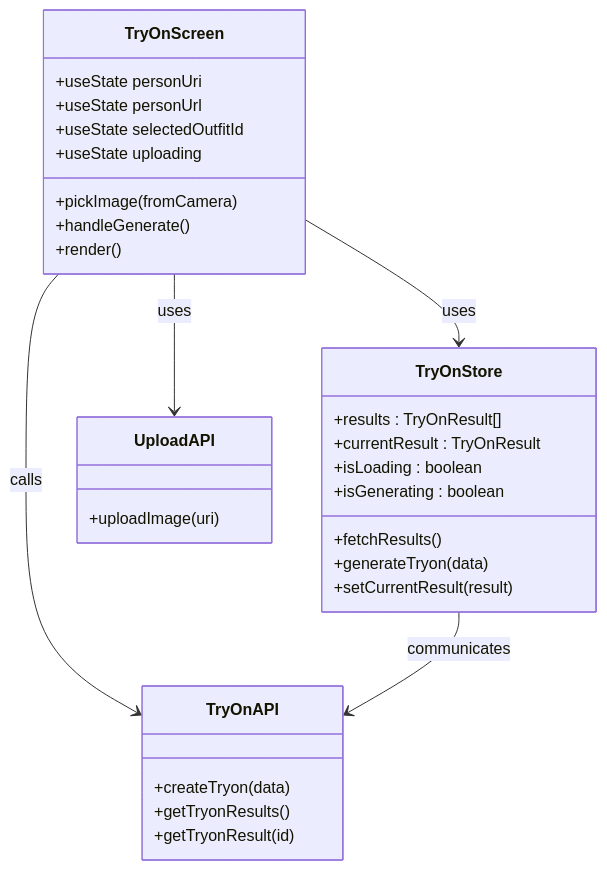
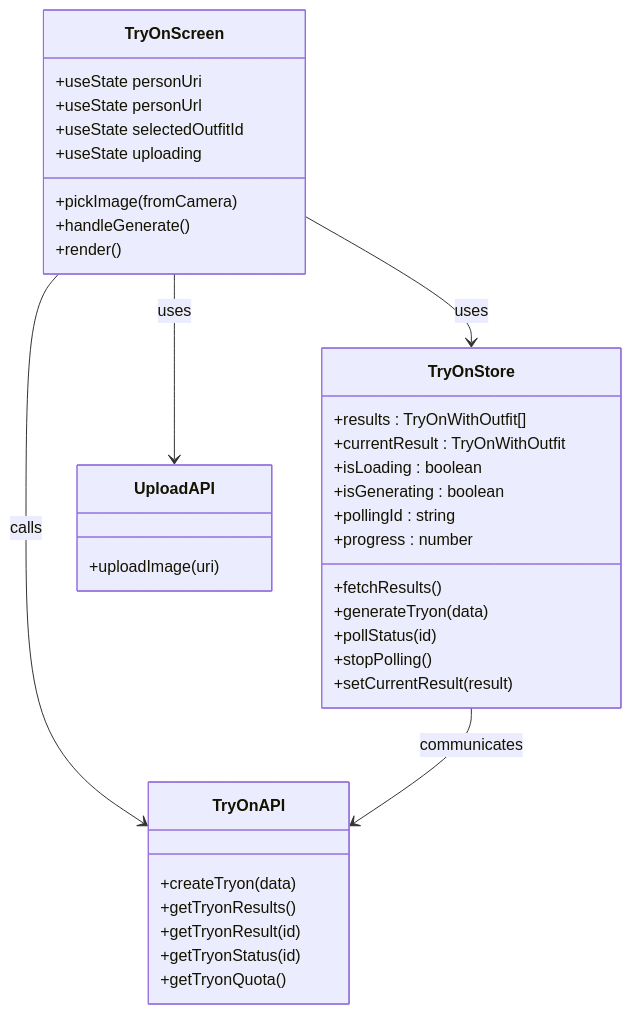
The third of 13 diagrams in .qoder/repowiki/zh/content/后端开发指南/核心模块详解/AI试穿模块.md (lsqwawa/free-dress), drawn with Mermaid before and after one commit. The commit also changed other lines of this file and 62 other files, not shown here.

````diff
--- a/.qoder/repowiki/zh/content/后端开发指南/核心模块详解/AI试穿模块.md
+++ b/.qoder/repowiki/zh/content/后端开发指南/核心模块详解/AI试穿模块.md
@@ -175,33 +202,39 @@
 ```mermaid
 classDiagram
 class TryOnScreen {
 +useState personUri
 +useState personUrl
 +useState selectedOutfitId
 +useState uploading
 +pickImage(fromCamera)
 +handleGenerate()
 +render()
 }
 class TryOnStore {
-+results : TryOnResult[]
-+currentResult : TryOnResult
++results : TryOnWithOutfit[]
++currentResult : TryOnWithOutfit
 +isLoading : boolean
 +isGenerating : boolean
++pollingId : string
++progress : number
 +fetchResults()
 +generateTryon(data)
++pollStatus(id)
++stopPolling()
 +setCurrentResult(result)
 }
 class TryOnAPI {
 +createTryon(data)
 +getTryonResults()
 +getTryonResult(id)
++getTryonStatus(id)
++getTryonQuota()
 }
 class UploadAPI {
 +uploadImage(uri)
 }
 TryOnScreen --> TryOnStore : uses
 TryOnScreen --> TryOnAPI : calls
 TryOnScreen --> UploadAPI : uses
 TryOnStore --> TryOnAPI : communicates
 ```
````
